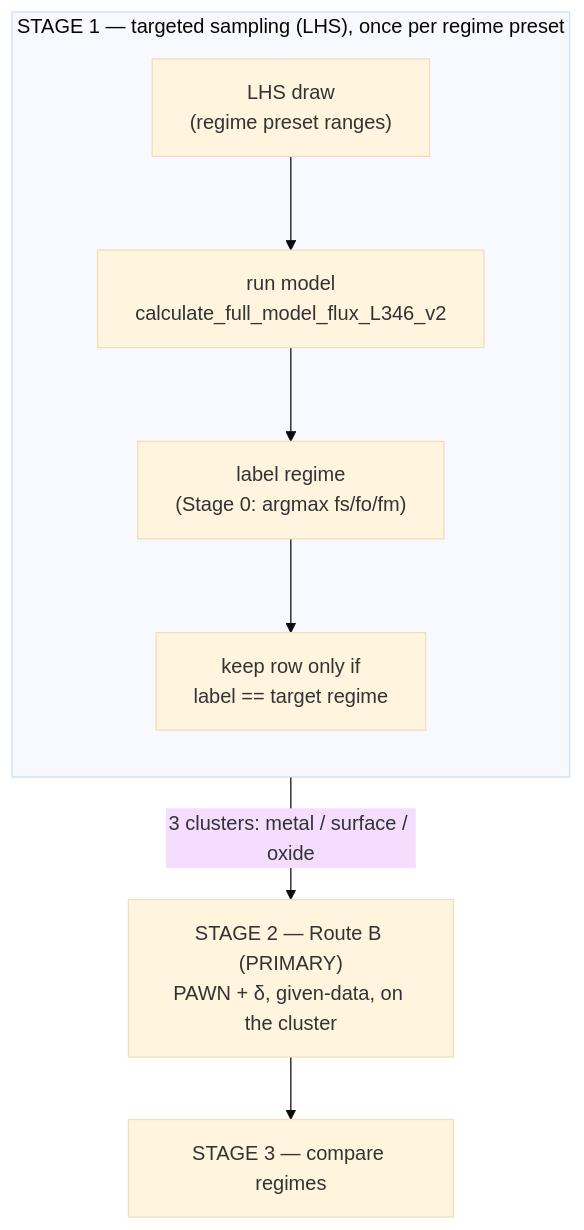
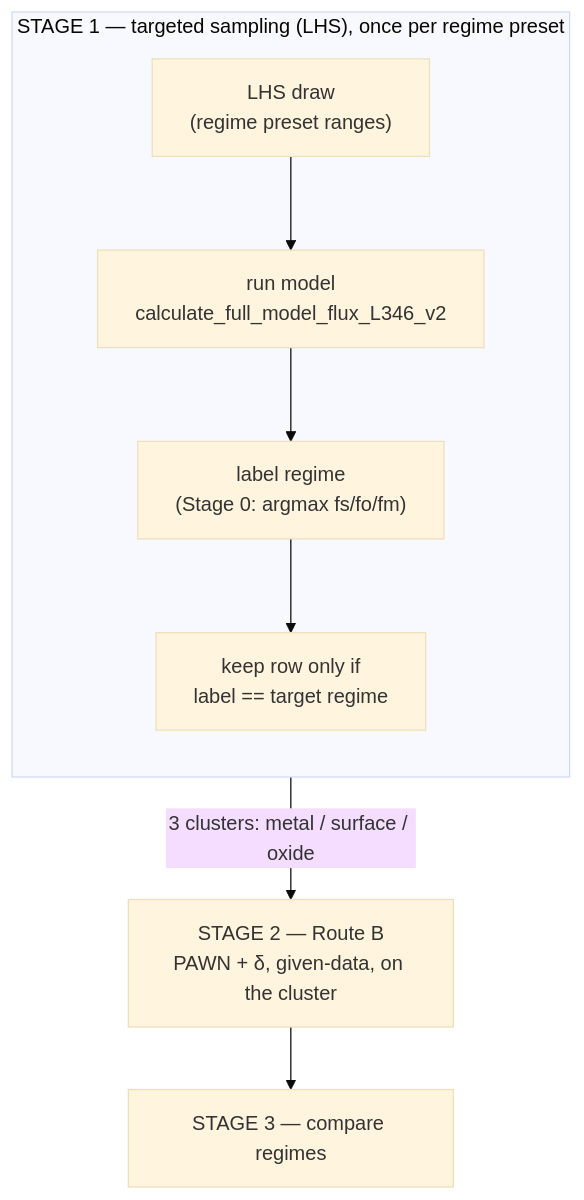
Before and after one commit to Azeezakinyemi999/MHI_permeation: the diagram in docs/regime_sensitivity_workflow.md, drawn with Mermaid (base theme). The commit also changed other lines of this file and 84 other files, not shown here.

First line of the commit message:
Refactor sensitivity analysis: given-data only, add Level 5 regime study

````diff
--- a/docs/regime_sensitivity_workflow.md
+++ b/docs/regime_sensitivity_workflow.md
@@ -64,11 +58,11 @@
 ```mermaid
 flowchart TD
     subgraph S1["STAGE 1 — targeted sampling (LHS), once per regime preset"]
         direction TB
         D["LHS draw<br/>(regime preset ranges)"] --> R["run model<br/>calculate_full_model_flux_L346_v2"]
         R --> L["label regime<br/>(Stage 0: argmax fs/fo/fm)"]
         L --> K["keep row only if<br/>label == target regime"]
     end
-    S1 -->|3 clusters: metal / surface / oxide| RB["STAGE 2 — Route B (PRIMARY)<br/>PAWN + δ, given-data, on the cluster"]
+    S1 -->|3 clusters: metal / surface / oxide| RB["STAGE 2 — Route B<br/>PAWN + δ, given-data, on the cluster"]
     RB --> S3A["STAGE 3 — compare regimes"]
 ```
````
